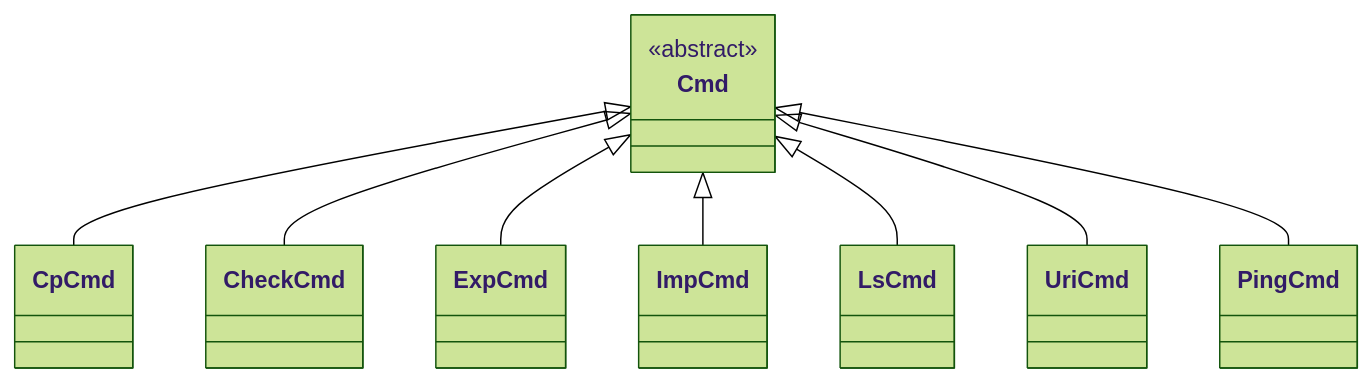
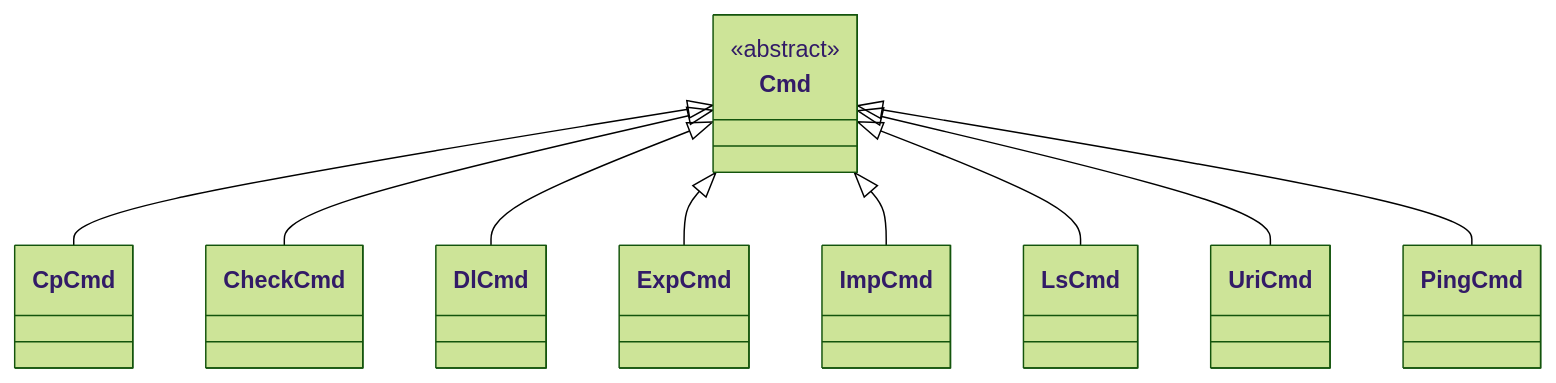
Before and after one commit to chromiodev/chromie-tool: the third of 3 diagrams in docs/spec/design.en.md, drawn with Mermaid (forest theme). The commit also changed other lines of this file and 22 other files, not shown here.

````diff
--- a/docs/spec/design.en.md
+++ b/docs/spec/design.en.md
@@ -151,16 +151,17 @@
 ```mermaid
 classDiagram
   direction TB
 
   class Cmd {
     <<abstract>>
   }
   
   Cmd <|-- CpCmd
   Cmd <|-- CheckCmd
+  Cmd <|-- DlCmd
   Cmd <|-- ExpCmd
   Cmd <|-- ImpCmd
   Cmd <|-- LsCmd
   Cmd <|-- UriCmd
   Cmd <|-- PingCmd
 ```
````
